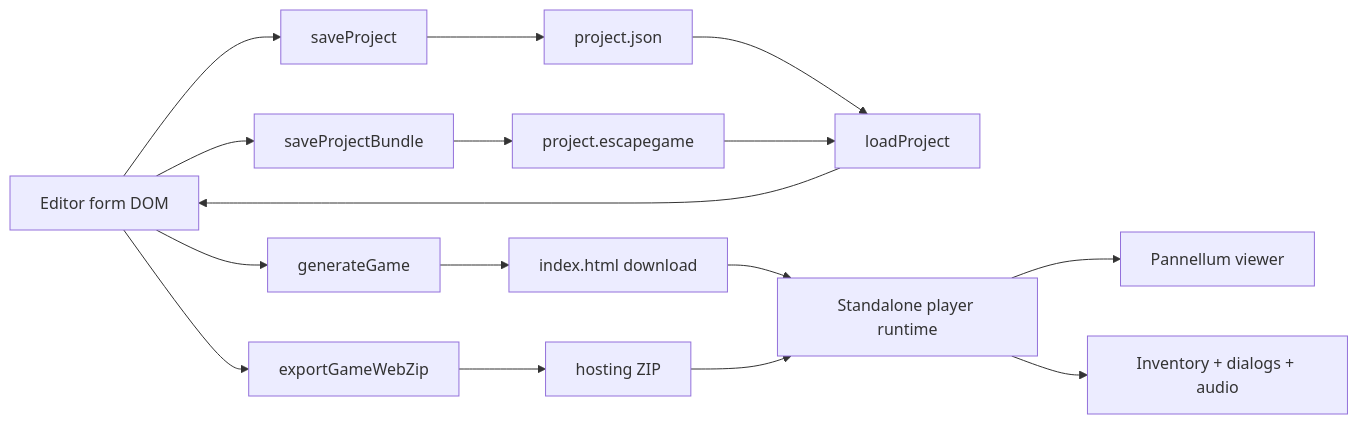
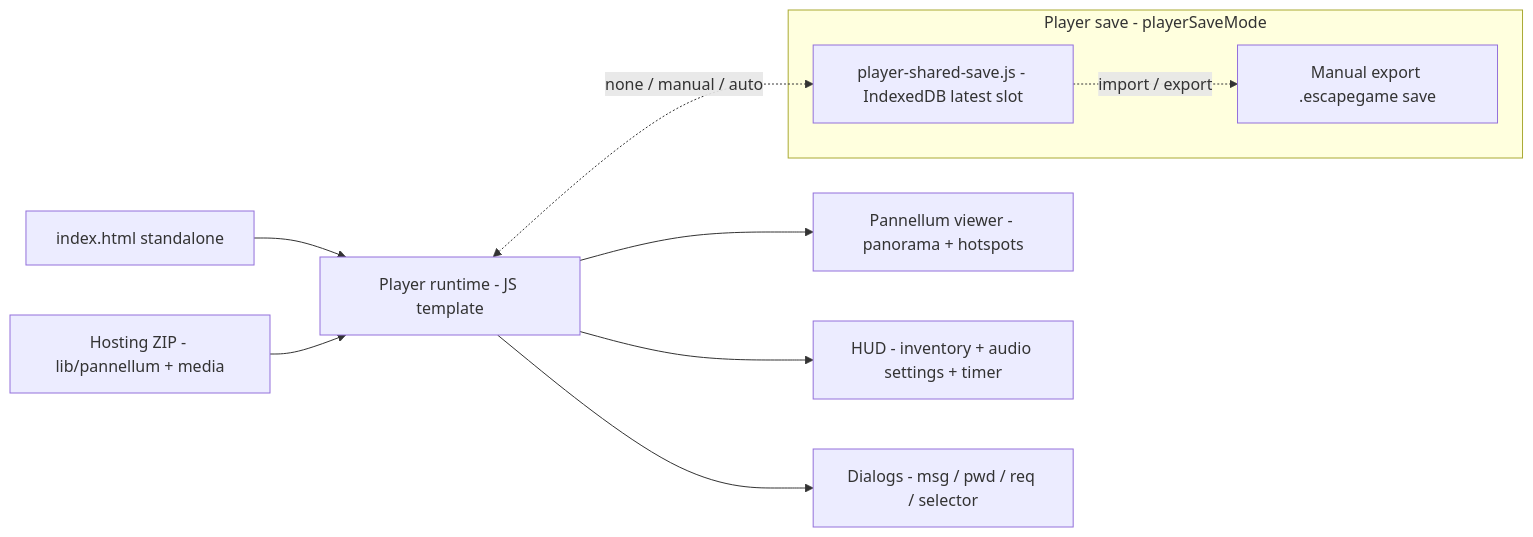
Before and after one commit to MentisVidus/escape-game-360-maker: the second of 4 diagrams in docs/ARCHITECTURE.md, drawn with Mermaid. The commit also changed other lines of this file and 1 other file, not shown here.

First line of the commit message:
docs: PLAN_EDITEUR_NODAL et ARCHITECTURE refletent la nodale livree

````diff
--- a/docs/ARCHITECTURE.md
+++ b/docs/ARCHITECTURE.md
@@ -129,23 +166,15 @@
 ```mermaid
 flowchart LR
-    A[Editor form DOM]
-    A --> B1[saveProject]
-    B1 --> C1[project.json]
-    A --> B2[saveProjectBundle]
-    B2 --> C2[project.escapegame]
+    HTML[index.html standalone] --> RT[Player runtime - JS template]
+    ZIP[Hosting ZIP - lib/pannellum + media] --> RT
+    RT --> PV[Pannellum viewer - panorama + hotspots]
+    RT --> UI[HUD - inventory + audio settings + timer]
+    RT --> DLG[Dialogs - msg / pwd / req / selector]
 
-    C1 --> D[loadProject]
-    C2 --> D
-    D --> A
-
-    A --> E1[generateGame]
-    E1 --> F1[index.html download]
-
-    A --> E2[exportGameWebZip]
-    E2 --> F2[hosting ZIP]
-
-    F1 --> G[Standalone player runtime]
-    F2 --> G
-    G --> H[Pannellum viewer]
-    G --> I[Inventory + dialogs + audio]
+    subgraph save [Player save - playerSaveMode]
+      SAV[player-shared-save.js - IndexedDB latest slot]
+      EXP[Manual export .escapegame save]
+    end
+    RT <-. none / manual / auto .-> SAV
+    SAV -. import / export .-> EXP
 ```
````
